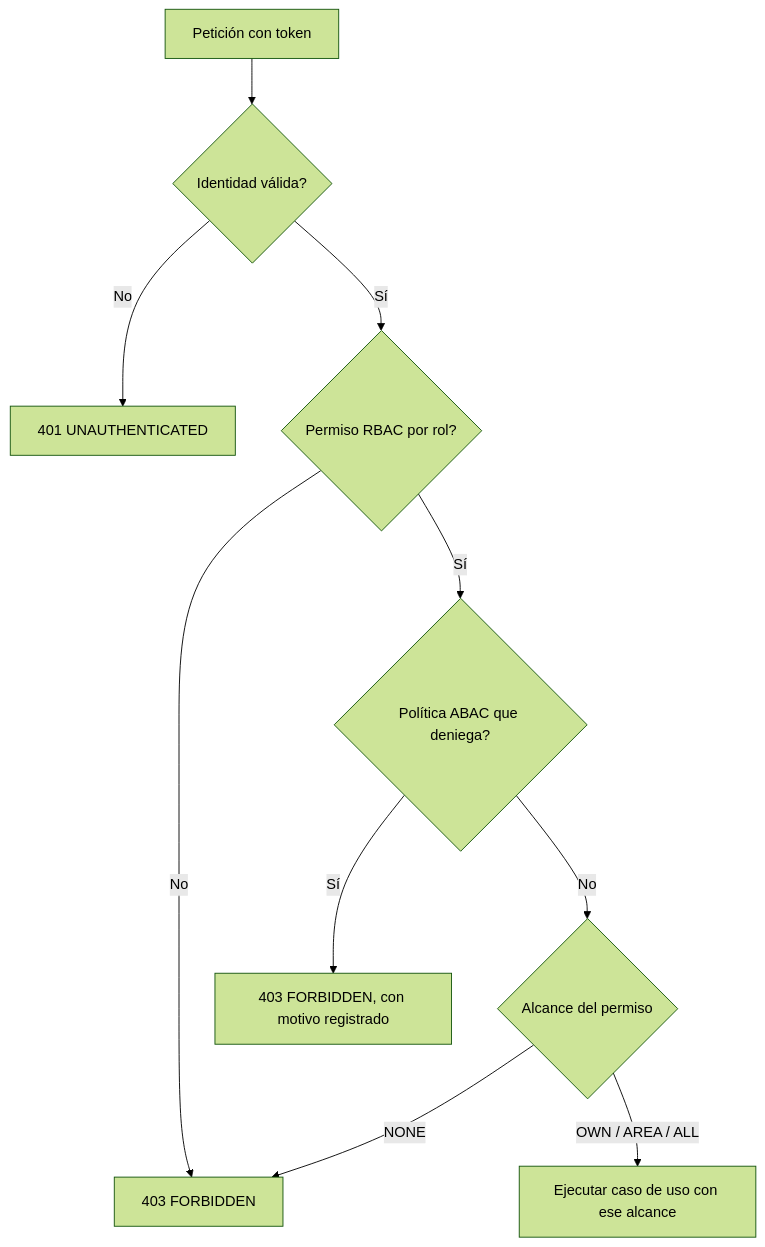
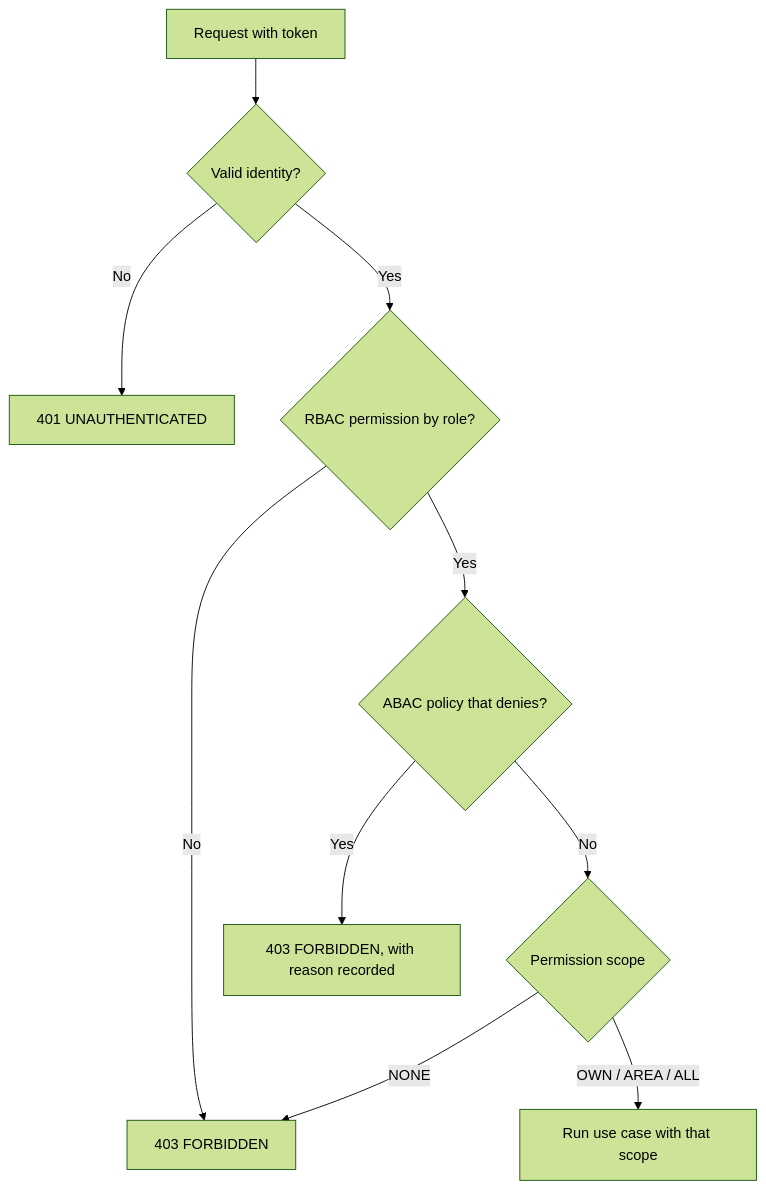
One commit to maag070208/AXZY_STOCK_FLOW changed the second of 2 diagrams in docs/flujos/autenticacion-y-permisos.md. Above: the diagram before and after it, drawn with Mermaid (forest theme). The commit also changed other lines of this file and 31 other files, not shown here.

````diff
--- a/docs/flujos/autenticacion-y-permisos.md
+++ b/docs/flujos/autenticacion-y-permisos.md
@@ -87,12 +87,12 @@
 ```mermaid
 flowchart TD
-    A[Petición con token] --> B{Identidad válida?}
+    A[Request with token] --> B{Valid identity?}
     B -- No --> X1[401 UNAUTHENTICATED]
-    B -- Sí --> C{Permiso RBAC por rol?}
+    B -- Yes --> C{RBAC permission by role?}
     C -- No --> X2[403 FORBIDDEN]
-    C -- Sí --> D{Política ABAC que deniega?}
-    D -- Sí --> X3[403 FORBIDDEN, con motivo registrado]
-    D -- No --> E{Alcance del permiso}
+    C -- Yes --> D{ABAC policy that denies?}
+    D -- Yes --> X3[403 FORBIDDEN, with reason recorded]
+    D -- No --> E{Permission scope}
     E -- NONE --> X2
-    E -- OWN / AREA / ALL --> F[Ejecutar caso de uso con ese alcance]
+    E -- OWN / AREA / ALL --> F[Run use case with that scope]
 ```
````
